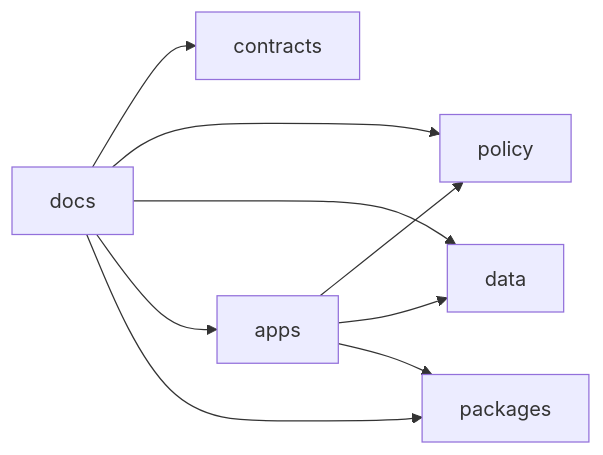
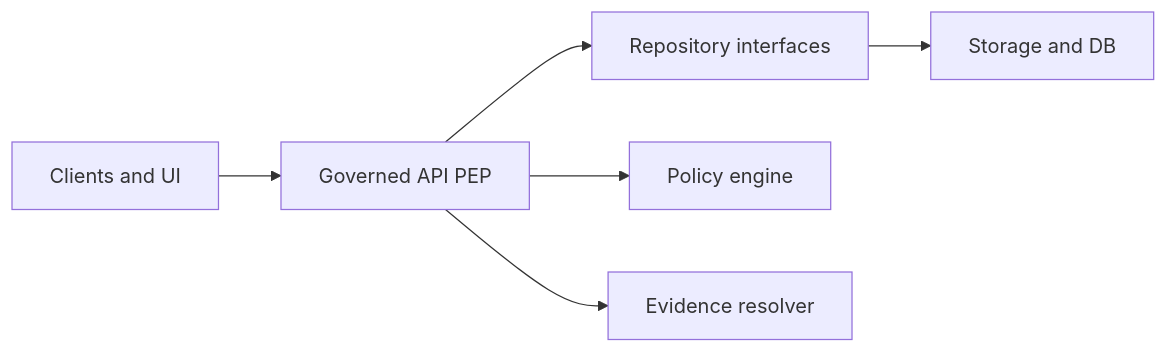
The second of 2 diagrams in docs/README.md (bartytime4life/Kansas-Frontier-Matrix), drawn with Mermaid before and after one commit. The commit also changed other lines of this file, not shown here.

````diff
--- a/docs/README.md
+++ b/docs/README.md
@@ -71,19 +110,8 @@
 ```mermaid
 flowchart LR
-  Docs[docs]
-  Contracts[contracts]
-  Policy[policy]
-  Data[data]
-  Apps[apps]
-  Packages[packages]
-
-  Docs --> Contracts
-  Docs --> Policy
-  Docs --> Data
-  Docs --> Apps
-  Docs --> Packages
-
-  Apps --> Policy
-  Apps --> Data
-  Apps --> Packages
+  C[Clients and UI] --> PEP[Governed API PEP]
+  PEP --> REPO[Repository interfaces]
+  REPO --> S[Storage and DB]
+  PEP --> PDP[Policy engine]
+  PEP --> ER[Evidence resolver]
 ```
````
